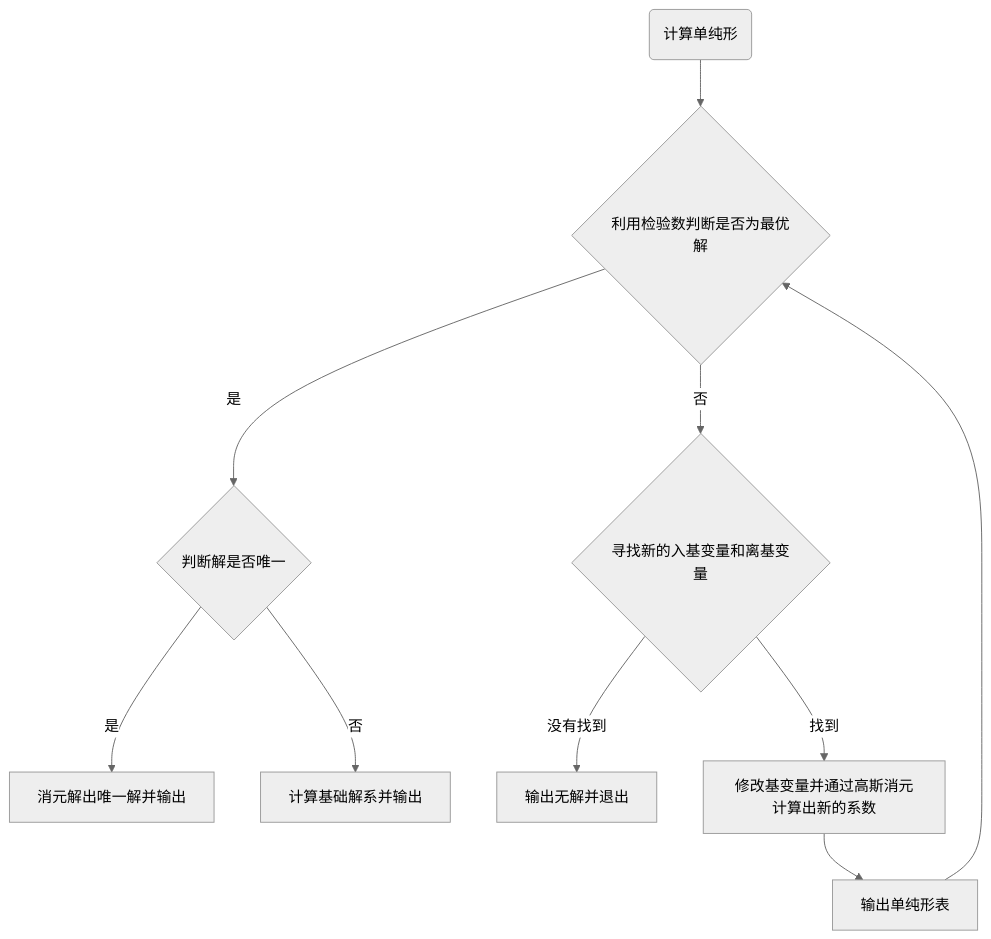
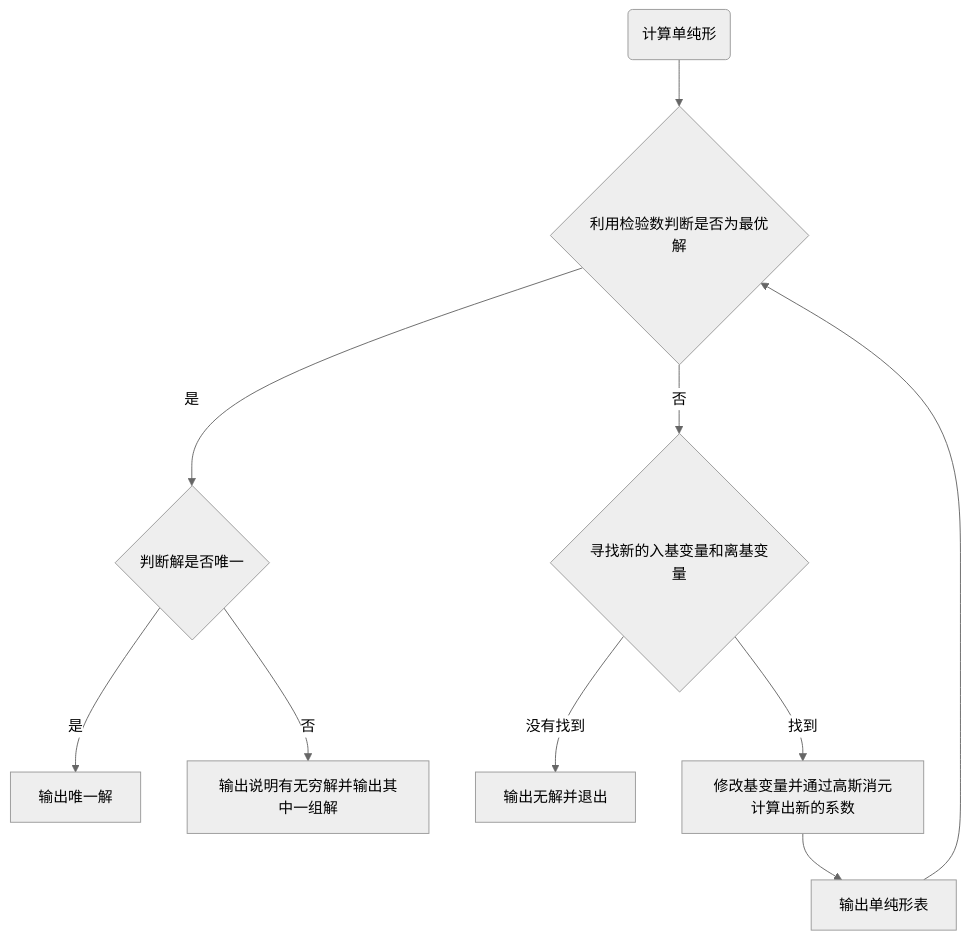
The second of 2 diagrams in README.md (SxyLimit/Simplex), drawn with Mermaid (neutral theme) before and after one commit. The commit also changed other lines of this file, not shown here.

````diff
--- a/README.md
+++ b/README.md
@@ -16,12 +16,12 @@
 ```mermaid
 flowchart TD
 	A(计算单纯形) --> B{利用检验数判断是否为最优解}
 	B -->|是| F{判断解是否唯一}
-	F -->|是| G[消元解出唯一解并输出]
-	F -->|否| H[计算基础解系并输出]
+	F -->|是| G[输出唯一解]
+	F -->|否| H[输出说明有无穷解并输出其中一组解]
 	B -->|否| C{寻找新的入基变量和离基变量}
 	C -->|没有找到| D[输出无解并退出]
 	C -->|找到| E[修改基变量并通过高斯消元计算出新的系数]
 	E --> I[输出单纯形表]
 	I --> B
 ```
````
